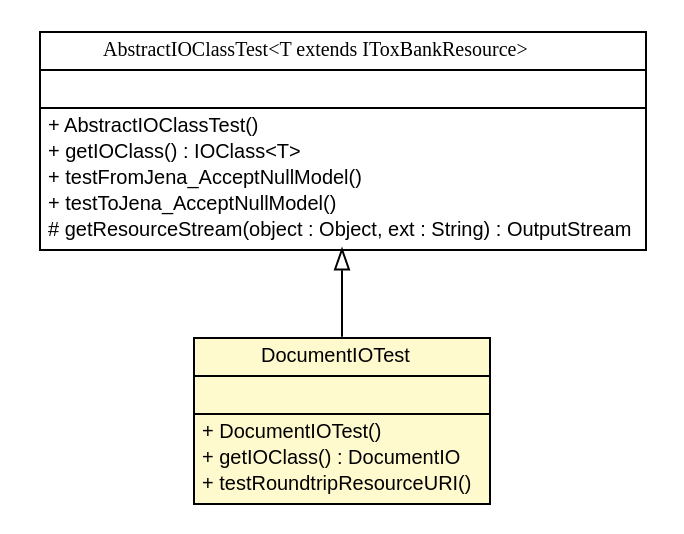
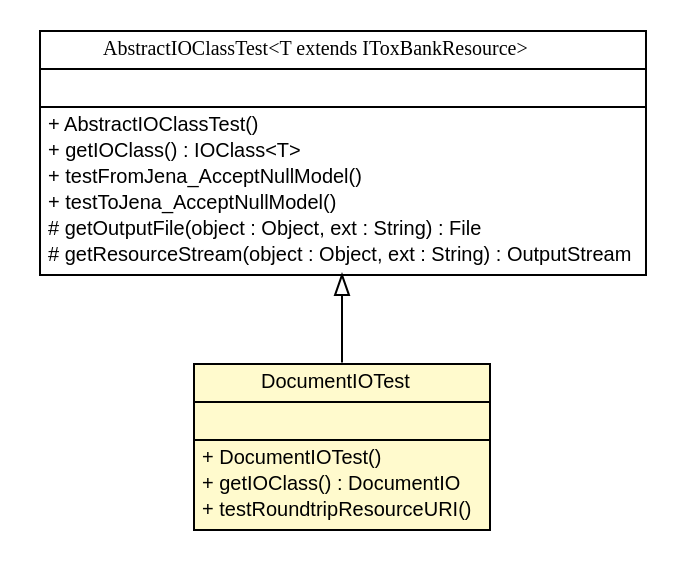
The diagram in testapidocs/net/toxbank/client/io/rdf/DocumentIOTest.dot (ToxBank/toxbank-api-beans), drawn with Graphviz before and after one commit. The commit also changed 536 other files, not shown here.

```diff
--- a/testapidocs/net/toxbank/client/io/rdf/DocumentIOTest.dot
+++ b/testapidocs/net/toxbank/client/io/rdf/DocumentIOTest.dot
@@ -1,42 +1,43 @@
 #!/usr/local/bin/dot
 #
 # Class diagram 
 # Generated by UmlGraph version 4.6 (http://www.spinellis.gr/sw/umlgraph)
 #
 
 digraph G {
 	edge [fontname="arial",fontsize=10,labelfontname="arial",labelfontsize=10];
 	node [fontname="arial",fontsize=10,shape=plaintext];
 	// net.toxbank.client.io.rdf.DocumentIOTest
-	c213 [label=<<table border="0" cellborder="1" cellspacing="0" cellpadding="2" port="p" bgcolor="lemonChiffon" href="./DocumentIOTest.html">
+	c186 [label=<<table border="0" cellborder="1" cellspacing="0" cellpadding="2" port="p" bgcolor="lemonChiffon" href="./DocumentIOTest.html">
 		<tr><td><table border="0" cellspacing="0" cellpadding="1">
 			<tr><td> DocumentIOTest </td></tr>
 		</table></td></tr>
 		<tr><td><table border="0" cellspacing="0" cellpadding="1">
 			<tr><td align="left">  </td></tr>
 		</table></td></tr>
 		<tr><td><table border="0" cellspacing="0" cellpadding="1">
 			<tr><td align="left"> + DocumentIOTest() </td></tr>
 			<tr><td align="left"> + getIOClass() : DocumentIO </td></tr>
 			<tr><td align="left"> + testRoundtripResourceURI() </td></tr>
 		</table></td></tr>
 		</table>>, fontname="arial", fontcolor="black", fontsize=10.0];
 	// net.toxbank.client.io.rdf.AbstractIOClassTest<T extends net.toxbank.client.resource.IToxBankResource>
-	c217 [label=<<table border="0" cellborder="1" cellspacing="0" cellpadding="2" port="p" href="./AbstractIOClassTest.html">
+	c189 [label=<<table border="0" cellborder="1" cellspacing="0" cellpadding="2" port="p" href="./AbstractIOClassTest.html">
 		<tr><td><table border="0" cellspacing="0" cellpadding="1">
 			<tr><td><font face="ariali"> AbstractIOClassTest&lt;T extends IToxBankResource&gt; </font></td></tr>
 		</table></td></tr>
 		<tr><td><table border="0" cellspacing="0" cellpadding="1">
 			<tr><td align="left">  </td></tr>
 		</table></td></tr>
 		<tr><td><table border="0" cellspacing="0" cellpadding="1">
 			<tr><td align="left"> + AbstractIOClassTest() </td></tr>
 			<tr><td align="left"> + getIOClass() : IOClass&lt;T&gt; </td></tr>
 			<tr><td align="left"> + testFromJena_AcceptNullModel() </td></tr>
 			<tr><td align="left"> + testToJena_AcceptNullModel() </td></tr>
+			<tr><td align="left"> # getOutputFile(object : Object, ext : String) : File </td></tr>
 			<tr><td align="left"> # getResourceStream(object : Object, ext : String) : OutputStream </td></tr>
 		</table></td></tr>
 		</table>>, fontname="arial", fontcolor="black", fontsize=10.0];
 	//net.toxbank.client.io.rdf.DocumentIOTest extends net.toxbank.client.io.rdf.AbstractIOClassTest<net.toxbank.client.resource.Document>
-	c217:p -> c213:p [dir=back,arrowtail=empty];
+	c189:p -> c186:p [dir=back,arrowtail=empty];
 }
```
